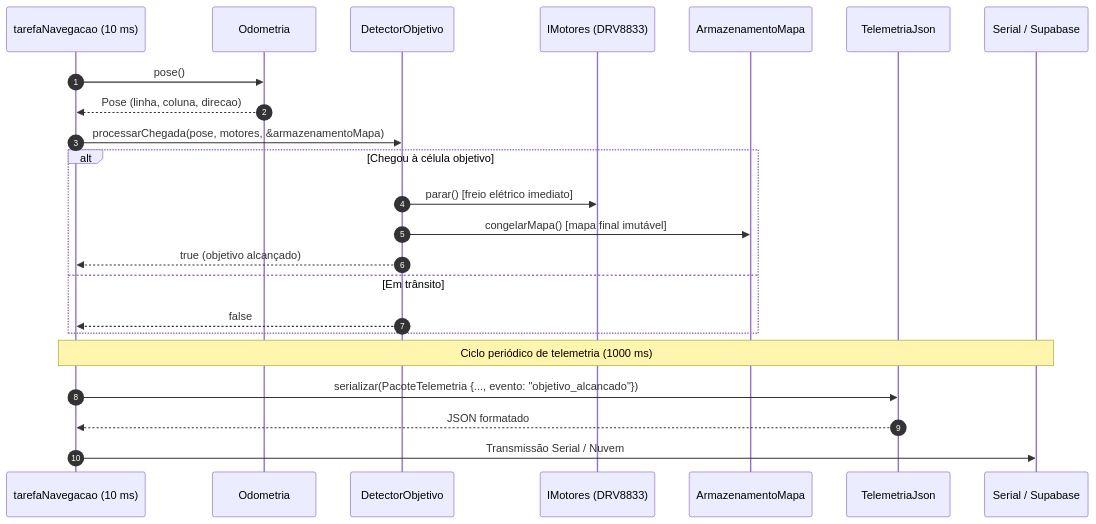
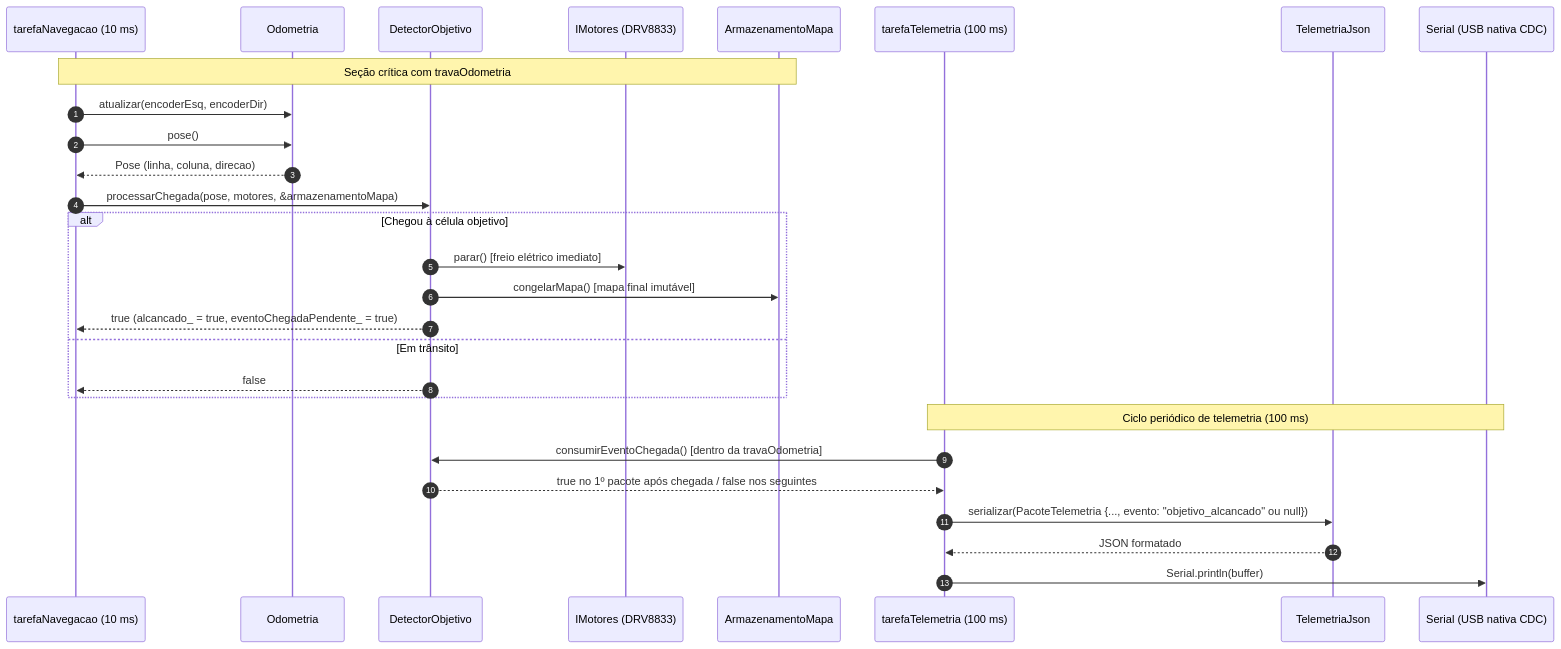
Before and after one commit to claudiohsc/2026_2_PI1_Grupo01_Hilmer-1: the sixth of 7 diagrams in docs/04-projeto-conceitual/firmware.md, drawn with Mermaid. The commit also changed other lines of this file and 2 other files, not shown here.

````diff
--- a/docs/04-projeto-conceitual/firmware.md
+++ b/docs/04-projeto-conceitual/firmware.md
@@ -397,26 +397,31 @@
 ```mermaid
 sequenceDiagram
     autonumber
-    participant T as tarefaNavegacao (10 ms)
+    participant N as tarefaNavegacao (10 ms)
     participant O as Odometria
     participant D as DetectorObjetivo
     participant M as IMotores (DRV8833)
     participant A as ArmazenamentoMapa
-    participant C as TelemetriaJson
-    participant S as Serial / Supabase
+    participant T as tarefaTelemetria (100 ms)
+    participant J as TelemetriaJson
+    participant S as Serial (USB nativa CDC)
 
-    T->>O: pose()
-    O-->>T: Pose (linha, coluna, direcao)
-    T->>D: processarChegada(pose, motores, &armazenamentoMapa)
+    Note over N,A: Seção crítica com travaOdometria
+    N->>O: atualizar(encoderEsq, encoderDir)
+    N->>O: pose()
+    O-->>N: Pose (linha, coluna, direcao)
+    N->>D: processarChegada(pose, motores, &armazenamentoMapa)
     alt Chegou à célula objetivo
         D->>M: parar() [freio elétrico imediato]
         D->>A: congelarMapa() [mapa final imutável]
-        D-->>T: true (objetivo alcançado)
+        D-->>N: true (alcancado_ = true, eventoChegadaPendente_ = true)
     else Em trânsito
-        D-->>T: false
+        D-->>N: false
     end
-    Note over T,S: Ciclo periódico de telemetria (1000 ms)
-    T->>C: serializar(PacoteTelemetria {..., evento: "objetivo_alcancado"})
-    C-->>T: JSON formatado
-    T->>S: Transmissão Serial / Nuvem
+    Note over T,S: Ciclo periódico de telemetria (100 ms)
+    T->>D: consumirEventoChegada() [dentro da travaOdometria]
+    D-->>T: true no 1º pacote após chegada / false nos seguintes
+    T->>J: serializar(PacoteTelemetria {..., evento: "objetivo_alcancado" ou null})
+    J-->>T: JSON formatado
+    T->>S: Serial.println(buffer)
 ```
````
